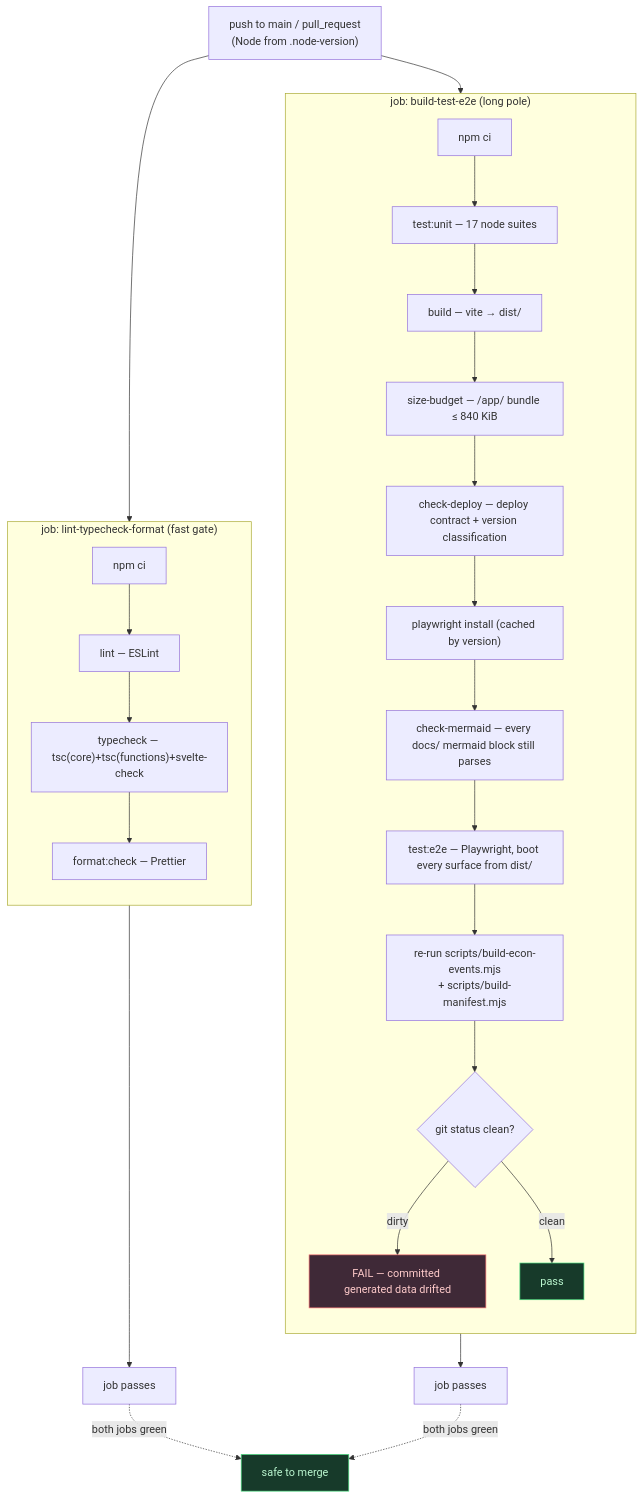
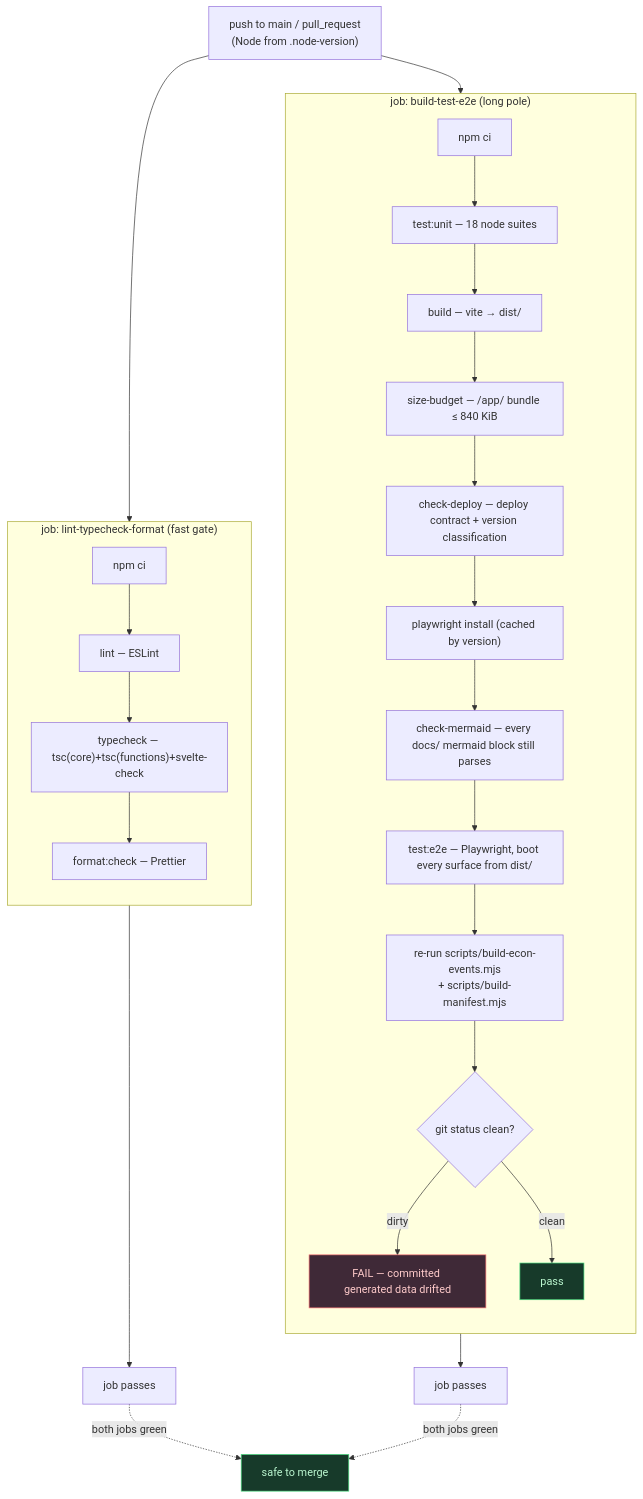
One commit to mitchGuthrieDev/blotterbook changed the diagram in docs/architecture-diagrams/ci-pipeline.md. Above: the diagram before and after it, drawn with Mermaid. The commit also changed 31 other files, not shown here.

````diff
--- a/docs/architecture-diagrams/ci-pipeline.md
+++ b/docs/architecture-diagrams/ci-pipeline.md
@@ -11,38 +11,38 @@
 ```mermaid
 flowchart TD
     TRIG["push to main / pull_request<br/>(Node from .node-version)"]
 
     TRIG --> A1
     TRIG --> B1
 
     subgraph JOBA["job: lint-typecheck-format (fast gate)"]
         direction TB
         A1["npm ci"] --> A2["lint — ESLint"]
         A2 --> A3["typecheck — tsc(core)+tsc(functions)+svelte-check"]
         A3 --> A4["format:check — Prettier"]
     end
 
     subgraph JOBB["job: build-test-e2e (long pole)"]
         direction TB
-        B1["npm ci"] --> B2["test:unit — 17 node suites"]
+        B1["npm ci"] --> B2["test:unit — 18 node suites"]
         B2 --> B3["build — vite → dist/"]
         B3 --> B4["size-budget — /app/ bundle ≤ 840 KiB"]
         B4 --> B5["check-deploy — deploy contract + version classification"]
         B5 --> B6["playwright install (cached by version)"]
         B6 --> B7["check-mermaid — every docs/ mermaid block still parses"]
         B7 --> B8["test:e2e — Playwright, boot every surface from dist/"]
         B8 --> B9["re-run scripts/build-econ-events.mjs<br/>+ scripts/build-manifest.mjs"]
         B9 --> GATE{"git status clean?"}
         GATE -->|"dirty"| FAIL["FAIL — committed generated data drifted"]
         GATE -->|"clean"| PASS["pass"]
     end
 
     A4 --> DONEA["job passes"]
     PASS --> DONEB["job passes"]
     DONEA -.->|"both jobs green"| MERGE["safe to merge"]
     DONEB -.->|"both jobs green"| MERGE
 
     style FAIL fill:#3f2937,stroke:#f87171,color:#fecaca
     style PASS fill:#173a2a,stroke:#4ade80,color:#bbf7d0
     style MERGE fill:#173a2a,stroke:#4ade80,color:#bbf7d0
 ```
````
